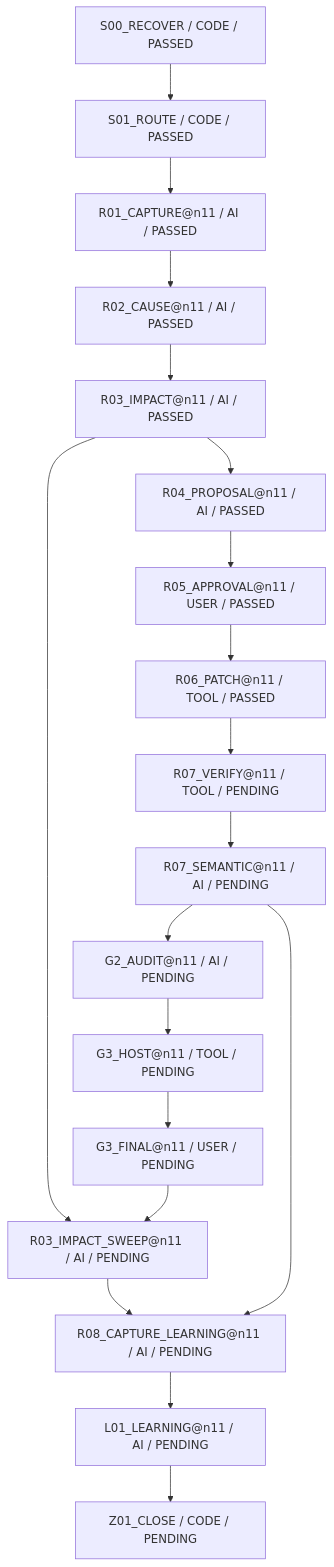
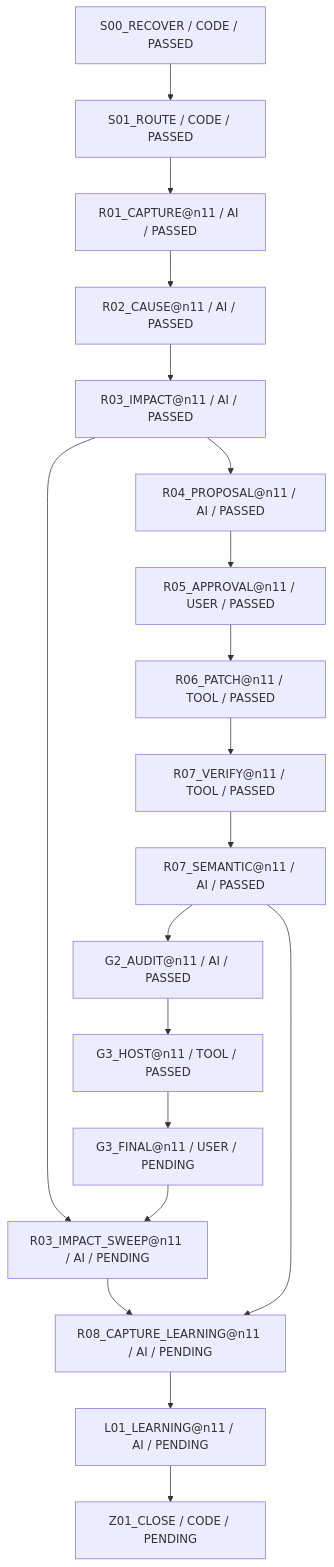
The diagram in work/items/W-MATH-038-transformation-groups/generated/BLOCK_FIRE_DIAGRAM.md (rrikunagasige-dot/kyotsu-step-web), drawn with Mermaid before and after one commit. The commit also changed other lines of this file and 107 other files, not shown here.

````diff
--- a/work/items/W-MATH-038-transformation-groups/generated/BLOCK_FIRE_DIAGRAM.md
+++ b/work/items/W-MATH-038-transformation-groups/generated/BLOCK_FIRE_DIAGRAM.md
@@ -5,38 +5,38 @@
 ```mermaid
 flowchart TD
   N0["S00_RECOVER / CODE / PASSED"]
   N1["S01_ROUTE / CODE / PASSED"]
   N2["R01_CAPTURE@n11 / AI / PASSED"]
   N3["R02_CAUSE@n11 / AI / PASSED"]
   N4["R03_IMPACT@n11 / AI / PASSED"]
   N5["R04_PROPOSAL@n11 / AI / PASSED"]
   N6["R05_APPROVAL@n11 / USER / PASSED"]
   N7["R06_PATCH@n11 / TOOL / PASSED"]
-  N8["R07_VERIFY@n11 / TOOL / PENDING"]
-  N9["R07_SEMANTIC@n11 / AI / PENDING"]
-  N10["G2_AUDIT@n11 / AI / PENDING"]
-  N11["G3_HOST@n11 / TOOL / PENDING"]
+  N8["R07_VERIFY@n11 / TOOL / PASSED"]
+  N9["R07_SEMANTIC@n11 / AI / PASSED"]
+  N10["G2_AUDIT@n11 / AI / PASSED"]
+  N11["G3_HOST@n11 / TOOL / PASSED"]
   N12["G3_FINAL@n11 / USER / PENDING"]
   N13["R03_IMPACT_SWEEP@n11 / AI / PENDING"]
   N14["R08_CAPTURE_LEARNING@n11 / AI / PENDING"]
   N15["L01_LEARNING@n11 / AI / PENDING"]
   N16["Z01_CLOSE / CODE / PENDING"]
   N10 --> N11
   N12 --> N13
   N11 --> N12
   N15 --> N16
   N2 --> N3
   N3 --> N4
   N4 --> N13
   N4 --> N5
   N13 --> N14
   N5 --> N6
   N6 --> N7
   N7 --> N8
   N9 --> N10
   N9 --> N14
   N8 --> N9
   N14 --> N15
   N0 --> N1
   N1 --> N2
 ```
````
